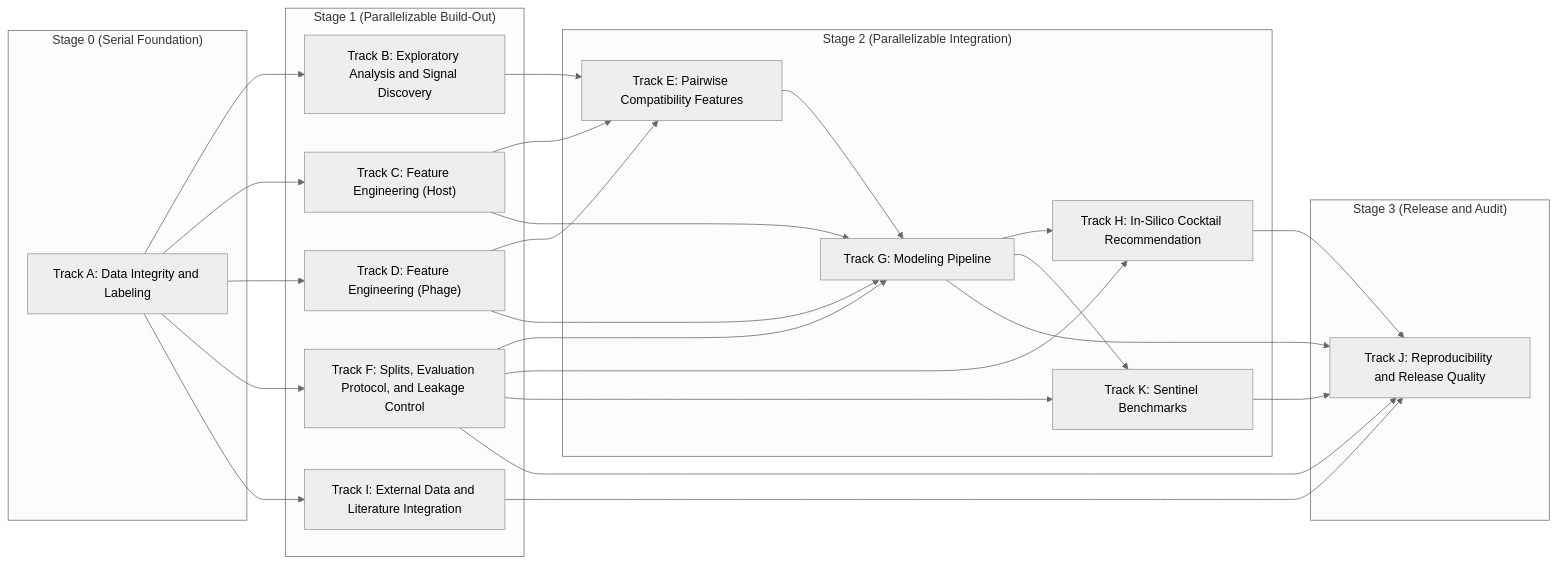
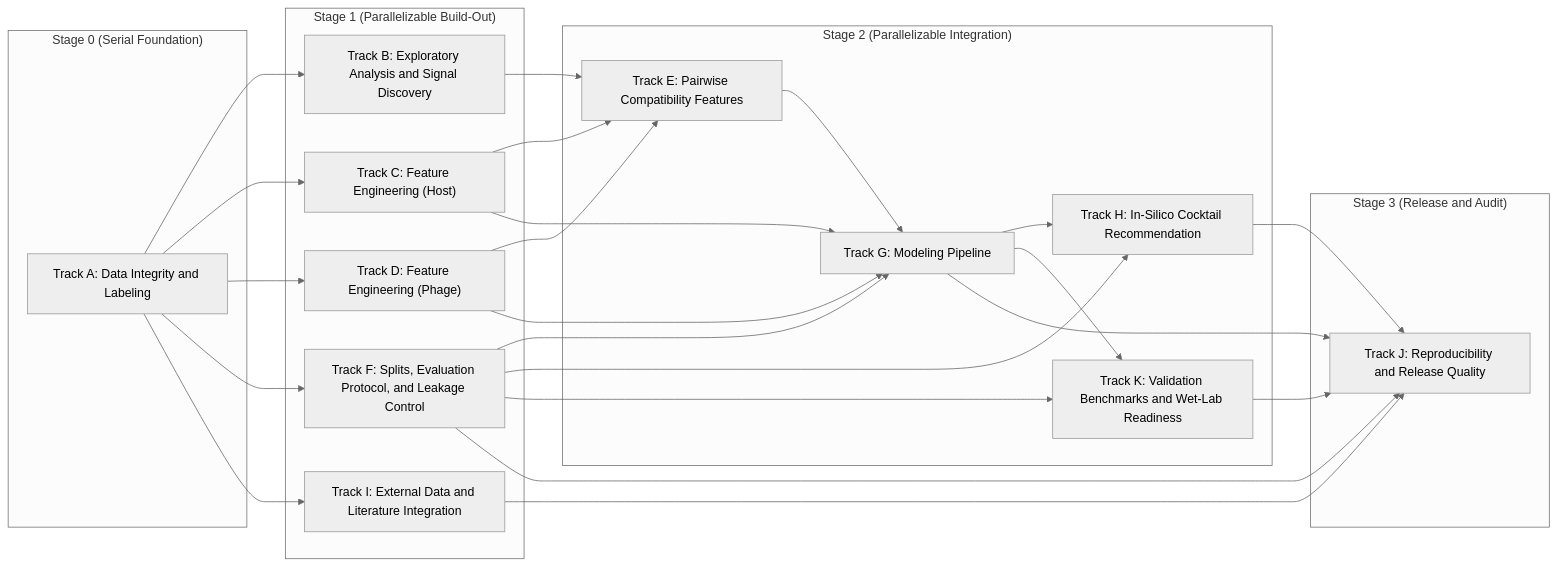
One commit to LorenaDerezanin/coli_phage_interactions_2023 changed the diagram in lyzortx/research_notes/PLAN.md. Above: the diagram before and after it, drawn with Mermaid (neutral theme). The commit also changed other lines of this file and 2 other files, not shown here.

````diff
--- a/lyzortx/research_notes/PLAN.md
+++ b/lyzortx/research_notes/PLAN.md
@@ -120,52 +7,52 @@
 ```mermaid
 graph LR
   subgraph s0["Stage 0 (Serial Foundation)"]
     ta["Track A: Data Integrity and Labeling"]
   end
 
   subgraph s1["Stage 1 (Parallelizable Build-Out)"]
     tb["Track B: Exploratory Analysis and Signal Discovery"]
     tc["Track C: Feature Engineering (Host)"]
     td["Track D: Feature Engineering (Phage)"]
     tf["Track F: Splits, Evaluation Protocol, and Leakage Control"]
     ti["Track I: External Data and Literature Integration"]
   end
 
   subgraph s2["Stage 2 (Parallelizable Integration)"]
     te["Track E: Pairwise Compatibility Features"]
     tg["Track G: Modeling Pipeline"]
     th["Track H: In-Silico Cocktail Recommendation"]
-    tk["Track K: Sentinel Benchmarks"]
+    tk["Track K: Validation Benchmarks and Wet-Lab Readiness"]
   end
 
   subgraph s3["Stage 3 (Release and Audit)"]
     tj["Track J: Reproducibility and Release Quality"]
   end
 
   ta --> tb
   ta --> tc
   ta --> td
   ta --> tf
   ta --> ti
 
   tb --> te
   tc --> te
   td --> te
 
   tc --> tg
   td --> tg
   te --> tg
   tf --> tg
 
   tf --> th
   tg --> th
 
   tf --> tk
   tg --> tk
 
   th --> tj
   tk --> tj
   tg --> tj
   tf --> tj
   ti --> tj
 ```
````
